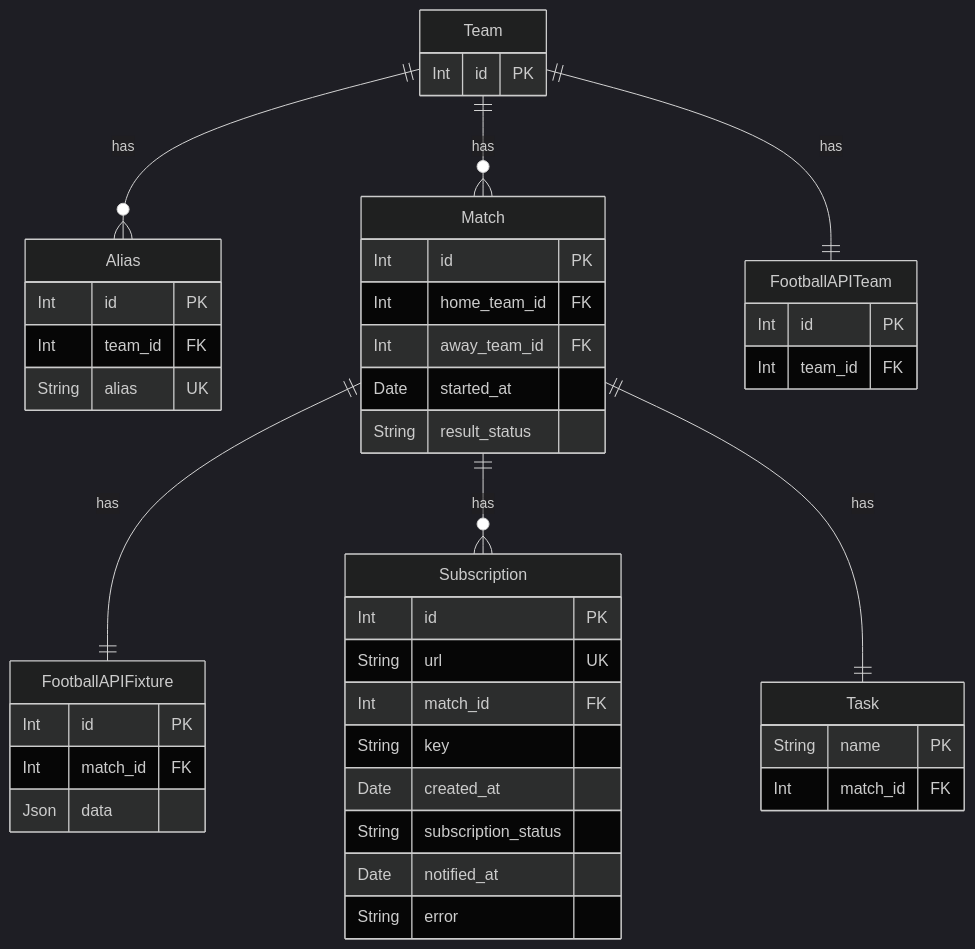
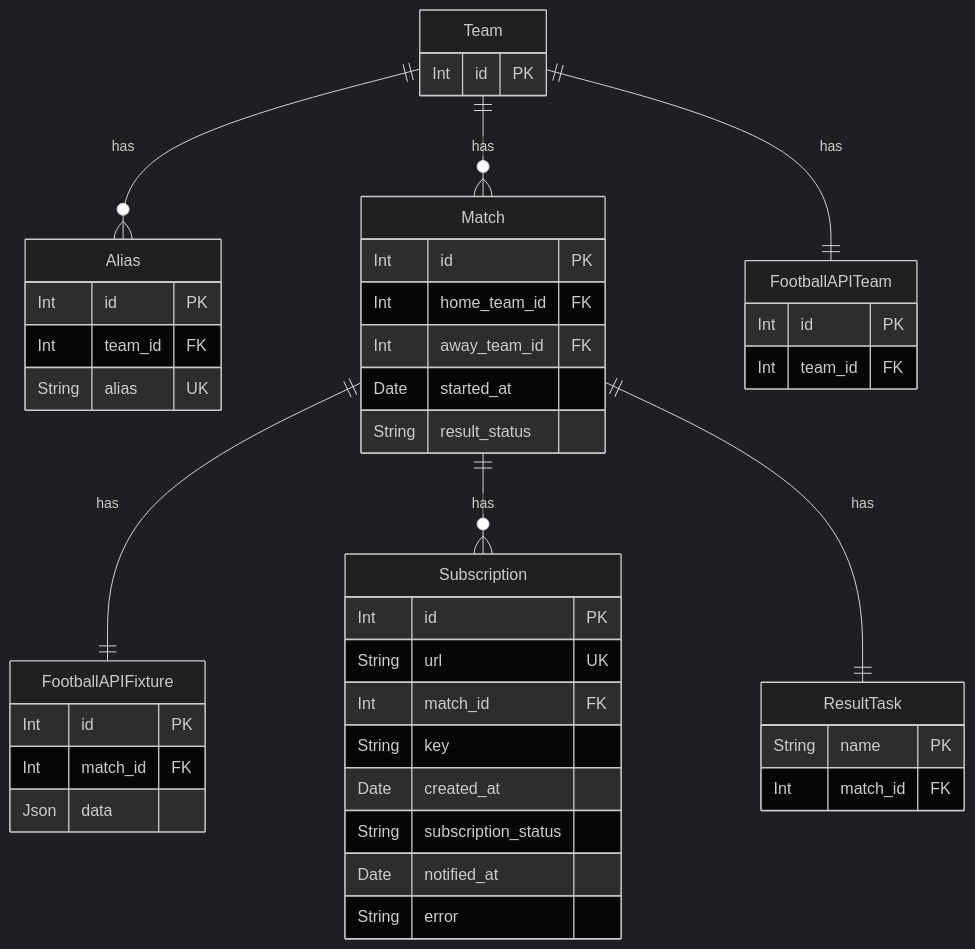
Before and after one commit to andrewshostak/result-service: the first of 7 diagrams in README.md, drawn with Mermaid (dark theme). The commit also changed 2 other files, not shown here.

Commit message:
Update migrations

````diff
--- a/README.md
+++ b/README.md
@@ -25,54 +25,54 @@
 ```mermaid
 erDiagram
     Team {
         Int id PK
     }
     
     Alias {
         Int id PK
         Int team_id FK
         String alias UK 
     }
     
     Match {
         Int id PK
         Int home_team_id FK
         Int away_team_id FK
         Date started_at
         String result_status
     }
     
     FootballAPIFixture {
         Int id PK
         Int match_id FK
         Json data
     }
     
     Subscription {
         Int id PK
         String url UK
         Int match_id FK
         String key
         Date created_at
         String subscription_status
         Date notified_at
         String error
     }
     
     FootballAPITeam {
         Int id PK
         Int team_id FK
     }
     
-    Task {
+    ResultTask {
         String name PK
         Int match_id FK
     }
     
     Team ||--o{ Alias : has 
     Team ||--o{ Match : has
     Match ||--|| FootballAPIFixture : has
     Match ||--o{ Subscription : has
     Team ||--|| FootballAPITeam : has
-    Match ||--|| Task : has
+    Match ||--|| ResultTask : has
 ```
````
